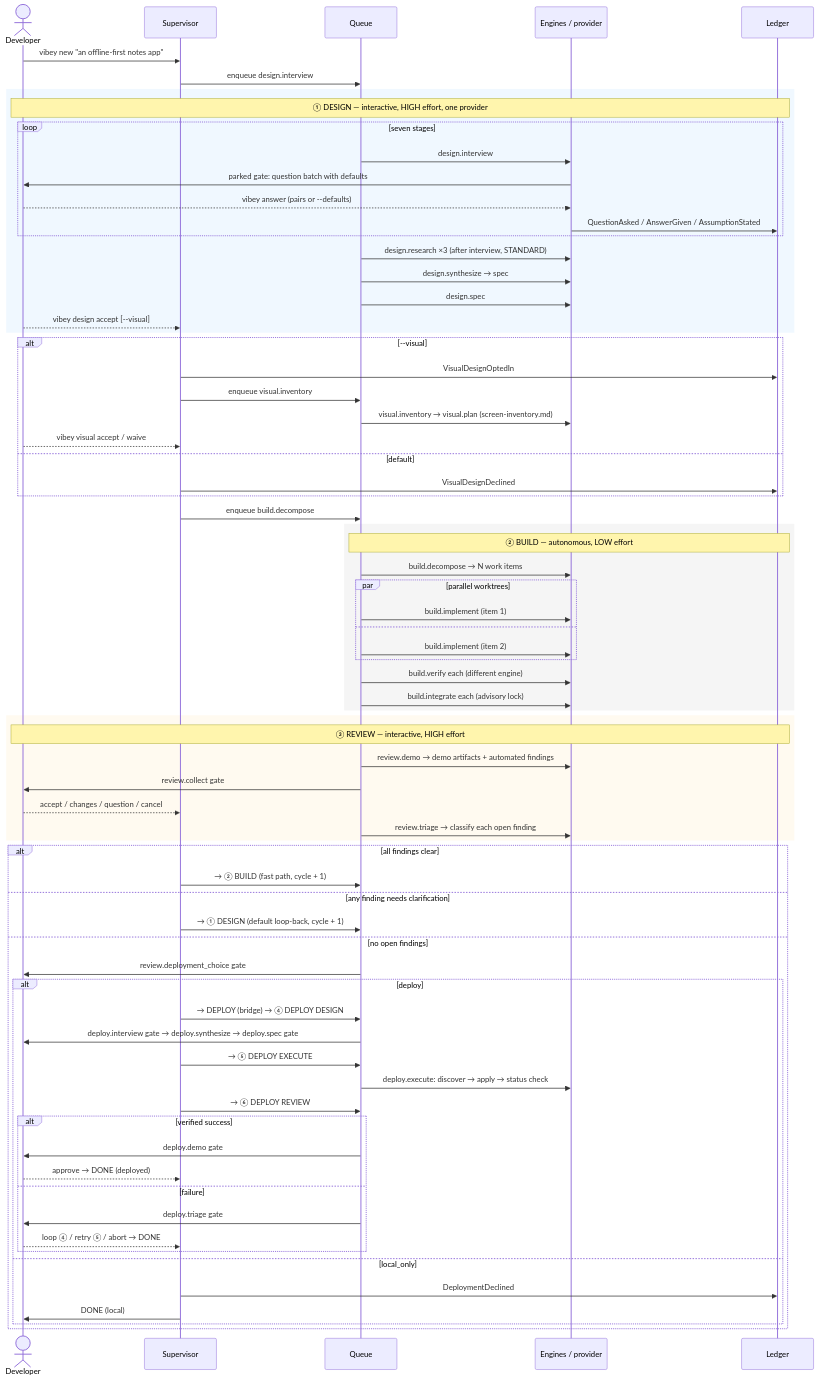
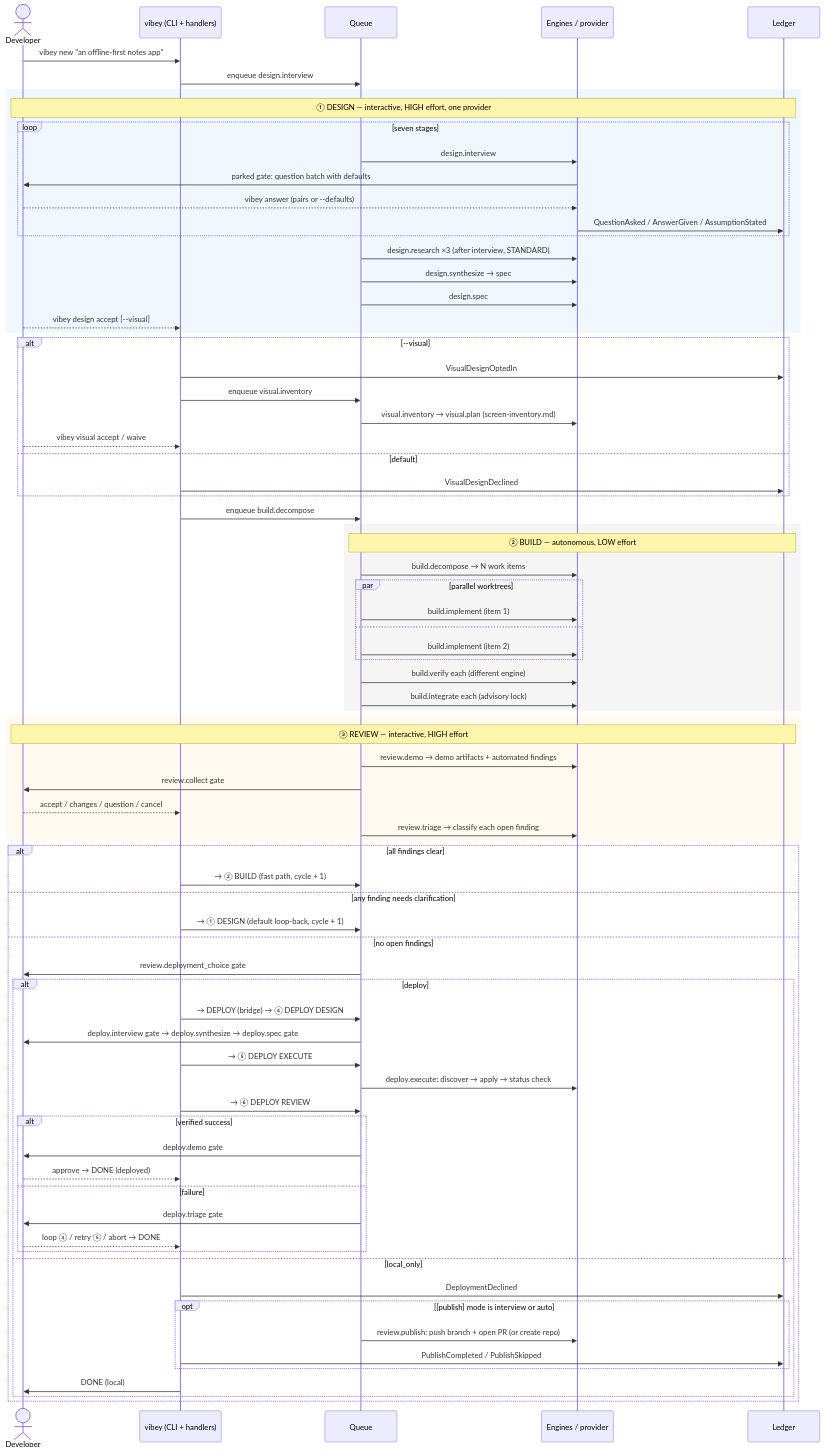
The first of 2 diagrams in docs/plans/phase-protocols.md (the-vibey-project/vibey), drawn with Mermaid before and after one commit. The commit also changed other lines of this file and 80 other files, not shown here.

````diff
--- a/docs/plans/phase-protocols.md
+++ b/docs/plans/phase-protocols.md
@@ -22,75 +99,79 @@
 ```mermaid
 sequenceDiagram
     actor U as Developer
-    participant S as Supervisor
+    participant S as vibey (CLI + handlers)
     participant Q as Queue
     participant E as Engines / provider
     participant L as Ledger
 
     U->>S: vibey new "an offline-first notes app"
     S->>Q: enqueue design.interview
     rect rgb(240, 248, 255)
         Note over U,L: ① DESIGN — interactive, HIGH effort, one provider
         loop seven stages
             Q->>E: design.interview
             E->>U: parked gate: question batch with defaults
             U-->>E: vibey answer (pairs or --defaults)
             E->>L: QuestionAsked / AnswerGiven / AssumptionStated
         end
         Q->>E: design.research ×3 (after interview, STANDARD)
         Q->>E: design.synthesize → spec
         Q->>E: design.spec
         U-->>S: vibey design accept [--visual]
     end
     alt --visual
         S->>L: VisualDesignOptedIn
         S->>Q: enqueue visual.inventory
         Q->>E: visual.inventory → visual.plan (screen-inventory.md)
         U-->>S: vibey visual accept / waive
     else default
         S->>L: VisualDesignDeclined
     end
     S->>Q: enqueue build.decompose
     rect rgb(245, 245, 245)
         Note over Q,L: ② BUILD — autonomous, LOW effort
         Q->>E: build.decompose → N work items
         par parallel worktrees
             Q->>E: build.implement (item 1)
         and
             Q->>E: build.implement (item 2)
         end
         Q->>E: build.verify each (different engine)
         Q->>E: build.integrate each (advisory lock)
     end
     rect rgb(255, 250, 240)
         Note over U,L: ③ REVIEW — interactive, HIGH effort
         Q->>E: review.demo → demo artifacts + automated findings
         Q->>U: review.collect gate
         U-->>S: accept / changes / question / cancel
         Q->>E: review.triage → classify each open finding
     end
     alt all findings clear
         S->>Q: → ② BUILD (fast path, cycle + 1)
     else any finding needs clarification
         S->>Q: → ① DESIGN (default loop-back, cycle + 1)
     else no open findings
         Q->>U: review.deployment_choice gate
         alt deploy
             S->>Q: → DEPLOY (bridge) → ④ DEPLOY DESIGN
             Q->>U: deploy.interview gate → deploy.synthesize → deploy.spec gate
             S->>Q: → ⑤ DEPLOY EXECUTE
             Q->>E: deploy.execute: discover → apply → status check
             S->>Q: → ⑥ DEPLOY REVIEW
             alt verified success
                 Q->>U: deploy.demo gate
                 U-->>S: approve → DONE (deployed)
             else failure
                 Q->>U: deploy.triage gate
                 U-->>S: loop ④ / retry ⑤ / abort → DONE
             end
         else local_only
             S->>L: DeploymentDeclined
+            opt [publish] mode is interview or auto
+                Q->>E: review.publish: push branch + open PR (or create repo)
+                S->>L: PublishCompleted / PublishSkipped
+            end
             S->>U: DONE (local)
         end
     end
 ```
````
